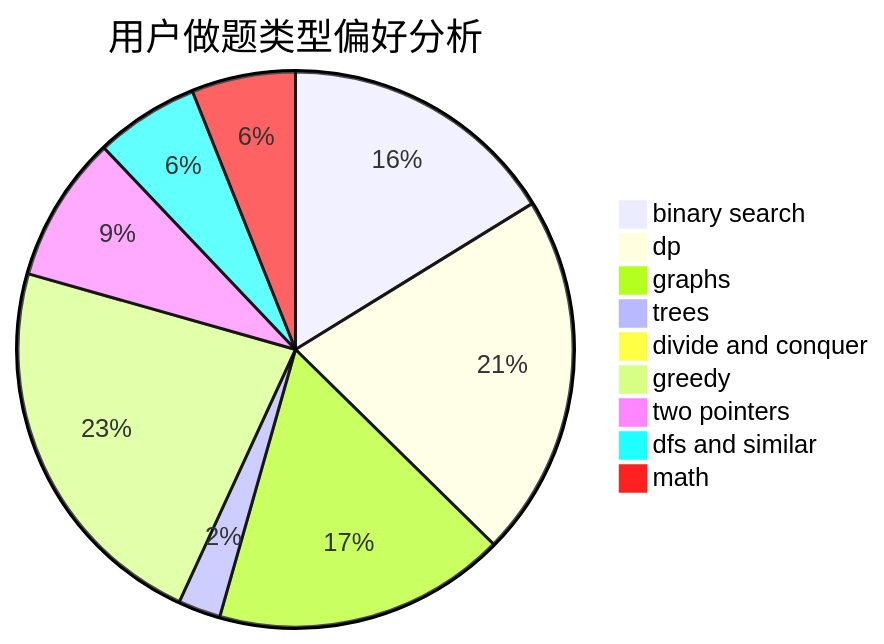
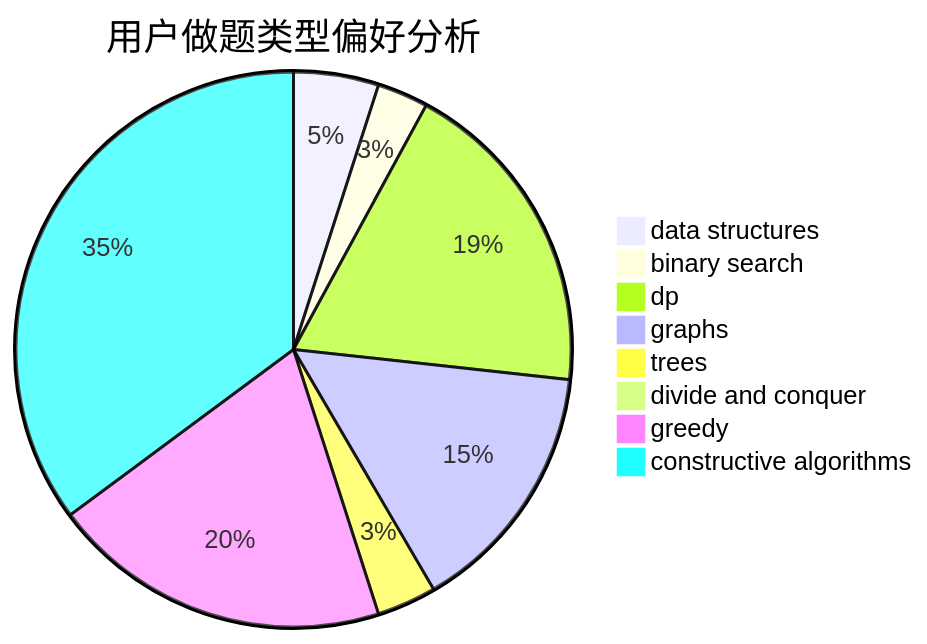
One commit to sherpahu/cfrs.github.io changed the second of 3 diagrams in docs/user/u2243.md. Above: the diagram before and after it, drawn with Mermaid. The commit also changed other lines of this file and 2775 other files, not shown here.

````diff
--- a/docs/user/u2243.md
+++ b/docs/user/u2243.md
@@ -23,12 +23,11 @@
 ```mermaid
 pie title 用户做题类型偏好分析
-    "binary search" :  59
-    "dp" :  77
-    "graphs" :  62
-    "trees" :  9
+    "data structures" :  10
+    "binary search" :  6
+    "dp" :  38
+    "graphs" :  30
+    "trees" :  7
     "divide and conquer" :  0
-    "greedy" :  82
-    "two pointers" :  31
-    "dfs and similar" :  22
-    "math" :  22
+    "greedy" :  40
+    "constructive algorithms" :  71
 ```
````
